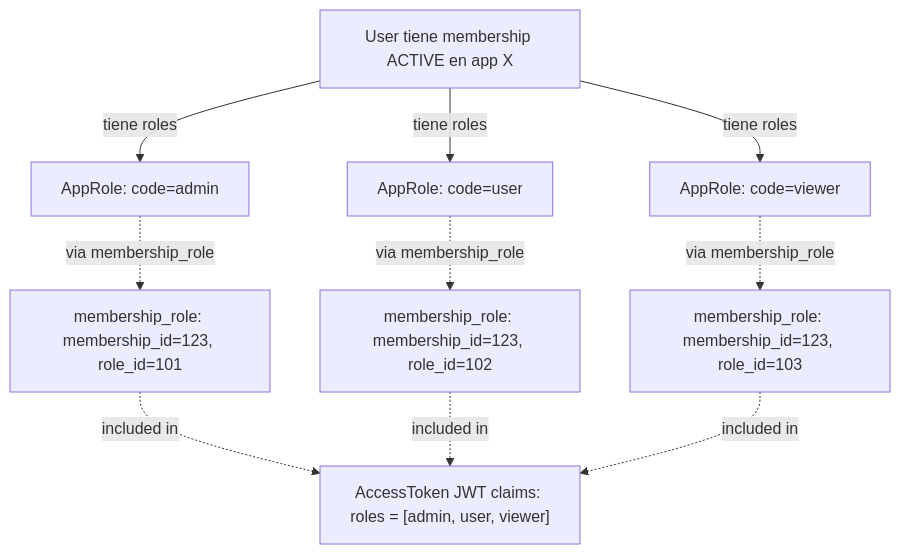
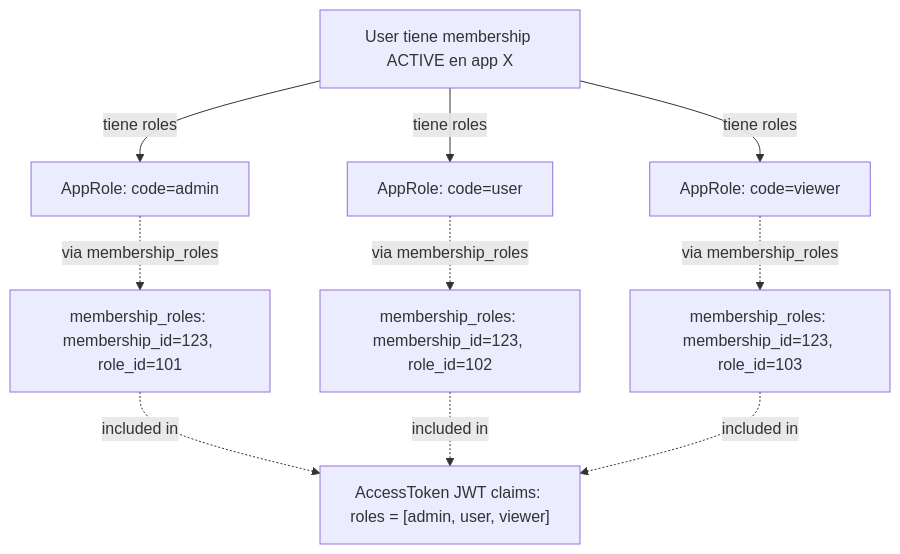
One commit to cmartinezs/keygo-server changed the tenth of 13 diagrams in docs/keygo-server/ENTITY_RELATIONSHIPS.md. Above: the diagram before and after it, drawn with Mermaid. The commit also changed other lines of this file and 14 other files, not shown here.

````diff
--- a/docs/keygo-server/ENTITY_RELATIONSHIPS.md
+++ b/docs/keygo-server/ENTITY_RELATIONSHIPS.md
@@ -393,19 +394,19 @@
 ```mermaid
 graph TD
     A["User tiene membership ACTIVE en app X"] -->|tiene roles| B["AppRole: code=admin"]
     A -->|tiene roles| C["AppRole: code=user"]
     A -->|tiene roles| D["AppRole: code=viewer"]
 
-    E["membership_role: membership_id=123, role_id=101"]
-    F["membership_role: membership_id=123, role_id=102"]
-    G["membership_role: membership_id=123, role_id=103"]
+    E["membership_roles: membership_id=123, role_id=101"]
+    F["membership_roles: membership_id=123, role_id=102"]
+    G["membership_roles: membership_id=123, role_id=103"]
 
-    B -.->|via membership_role| E
-    C -.->|via membership_role| F
-    D -.->|via membership_role| G
+    B -.->|via membership_roles| E
+    C -.->|via membership_roles| F
+    D -.->|via membership_roles| G
 
     H["AccessToken JWT claims: roles = [admin, user, viewer]"]
     E -.->|included in| H
     F -.->|included in| H
     G -.->|included in| H
 ```
````
